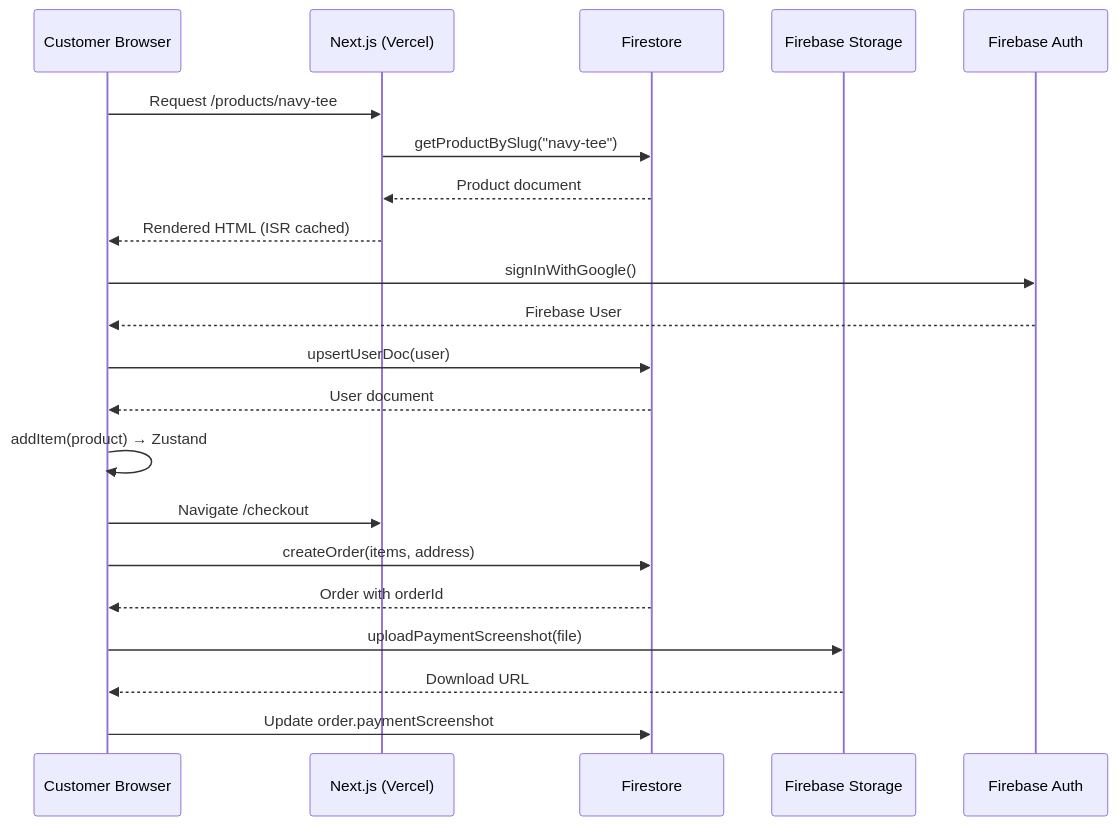
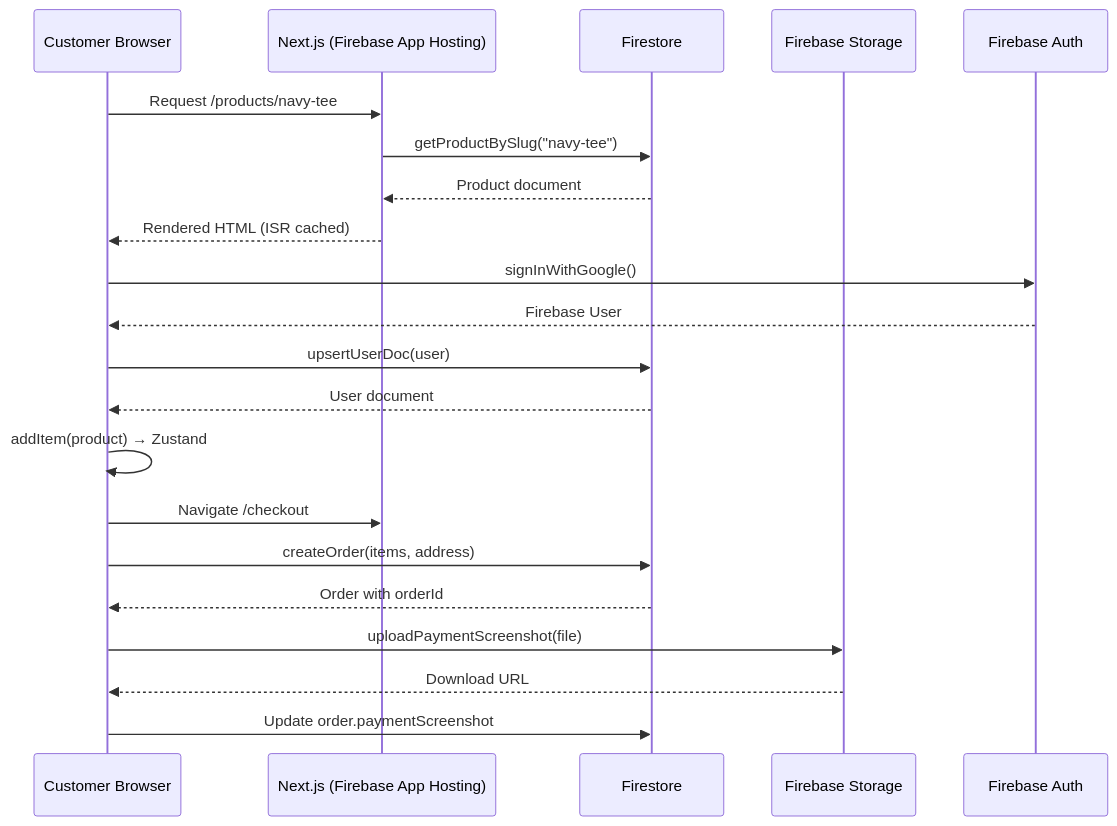
The second of 4 diagrams in .kiro/specs/wefton-copper-platform/design.md (rajmohanAI/wefton-copper-web), drawn with Mermaid before and after one commit. The commit also changed other lines of this file and 1 other file, not shown here.

First line of the commit message:
chore: remove leftover Vercel references after App Hosting move

````diff
--- a/.kiro/specs/wefton-copper-platform/design.md
+++ b/.kiro/specs/wefton-copper-platform/design.md
@@ -68,26 +68,26 @@
 ```mermaid
 sequenceDiagram
     participant C as Customer Browser
-    participant N as Next.js (Vercel)
+    participant N as Next.js (Firebase App Hosting)
     participant FS as Firestore
     participant ST as Firebase Storage
     participant AU as Firebase Auth
 
     C->>N: Request /products/navy-tee
     N->>FS: getProductBySlug("navy-tee")
     FS-->>N: Product document
     N-->>C: Rendered HTML (ISR cached)
     
     C->>AU: signInWithGoogle()
     AU-->>C: Firebase User
     C->>FS: upsertUserDoc(user)
     FS-->>C: User document
     
     C->>C: addItem(product) → Zustand
     C->>N: Navigate /checkout
     C->>FS: createOrder(items, address)
     FS-->>C: Order with orderId
     C->>ST: uploadPaymentScreenshot(file)
     ST-->>C: Download URL
     C->>FS: Update order.paymentScreenshot
 ```
````
